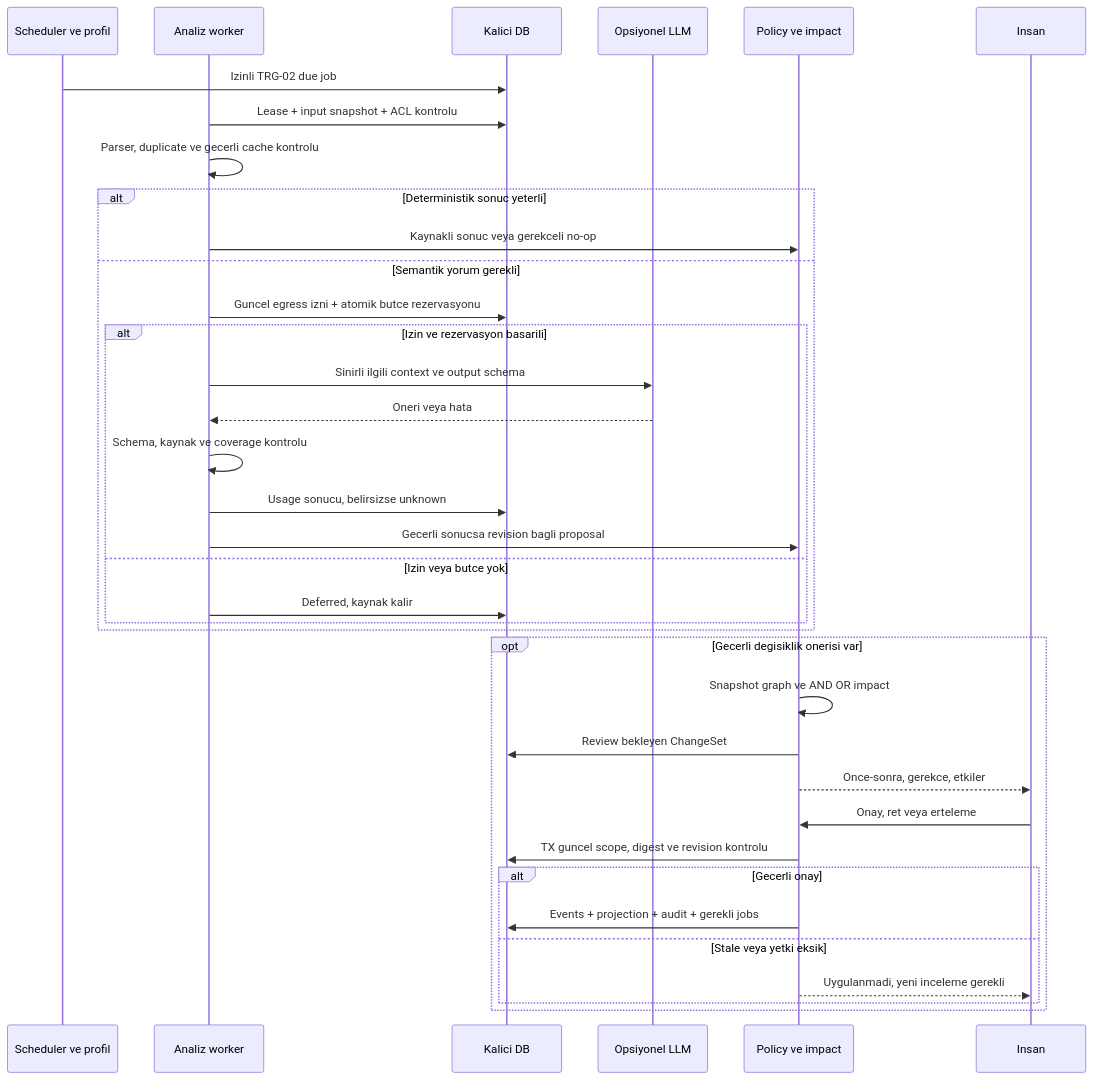
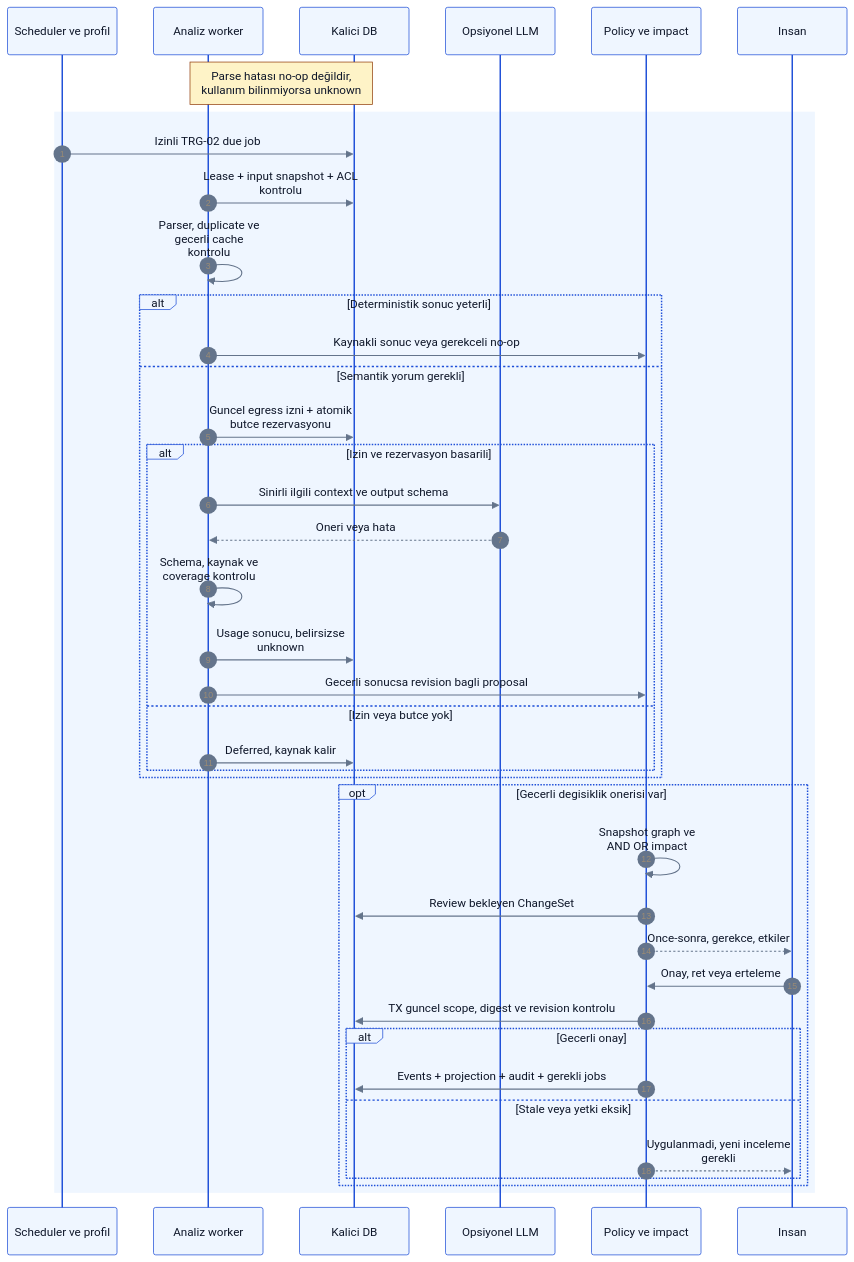
The second of 3 diagrams in docs/architecture/execution-and-integrations.md (alphanAkbulut/decivora), drawn with Mermaid before and after one commit. The commit also changed other lines of this file and 21 other files, not shown here.

Commit message:
Refresh all Mermaid diagrams, clarify decision states and document rendering evidence

````diff
--- a/docs/architecture/execution-and-integrations.md
+++ b/docs/architecture/execution-and-integrations.md
@@ -125,38 +135,45 @@
 ```mermaid
+%%{init: {"theme":"base","themeVariables":{"fontFamily":"Arial, sans-serif","fontSize":"14px","primaryColor":"#eff6ff","primaryTextColor":"#0f172a","primaryBorderColor":"#1d4ed8","lineColor":"#64748b","secondaryColor":"#ccfbf1","tertiaryColor":"#f1f5f9","background":"#ffffff","mainBkg":"#eff6ff","textColor":"#0f172a","clusterBkg":"#f8fafc","clusterBorder":"#94a3b8","edgeLabelBackground":"#ffffff","actorBkg":"#eff6ff","actorTextColor":"#0f172a","actorBorder":"#1d4ed8","signalColor":"#64748b","signalTextColor":"#0f172a","noteBkgColor":"#fef3c7","noteTextColor":"#0f172a","noteBorderColor":"#92400e"},"flowchart":{"htmlLabels":false,"curve":"linear"},"sequence":{"wrap":true},"themeCSS":"background-color:#ffffff;"}}%%
 sequenceDiagram
+    accTitle: Deterministik işlem ve koşullu LLM analizi
+    accDescr: Önerilen tasarım veya açıkça belirtilen sentetik örnek. Renkler alan ve kontrol türünü gösterir; implemented veya passed kanıtı değildir. Yetki, revision ve coverage sınırları korunur.
+    autonumber
     participant S as Scheduler ve profil
     participant W as Analiz worker
     participant D as Kalici DB
     participant M as Opsiyonel LLM
     participant P as Policy ve impact
     participant H as Insan
+    Note over W,D: Parse hatası no-op değildir, kullanım bilinmiyorsa unknown
+    rect rgb(239, 246, 255)
     S->>D: Izinli TRG-02 due job
     W->>D: Lease + input snapshot + ACL kontrolu
     W->>W: Parser, duplicate ve gecerli cache kontrolu
     alt Deterministik sonuc yeterli
         W->>P: Kaynakli sonuc veya gerekceli no-op
     else Semantik yorum gerekli
         W->>D: Guncel egress izni + atomik butce rezervasyonu
         alt Izin ve rezervasyon basarili
             W->>M: Sinirli ilgili context ve output schema
             M-->>W: Oneri veya hata
             W->>W: Schema, kaynak ve coverage kontrolu
             W->>D: Usage sonucu, belirsizse unknown
             W->>P: Gecerli sonucsa revision bagli proposal
         else Izin veya butce yok
             W->>D: Deferred, kaynak kalir
         end
     end
     opt Gecerli degisiklik onerisi var
         P->>P: Snapshot graph ve AND OR impact
         P->>D: Review bekleyen ChangeSet
         P-->>H: Once-sonra, gerekce, etkiler
         H->>P: Onay, ret veya erteleme
         P->>D: TX guncel scope, digest ve revision kontrolu
         alt Gecerli onay
             P->>D: Events + projection + audit + gerekli jobs
         else Stale veya yetki eksik
             P-->>H: Uygulanmadi, yeni inceleme gerekli
         end
     end
+    end
 ```
````
